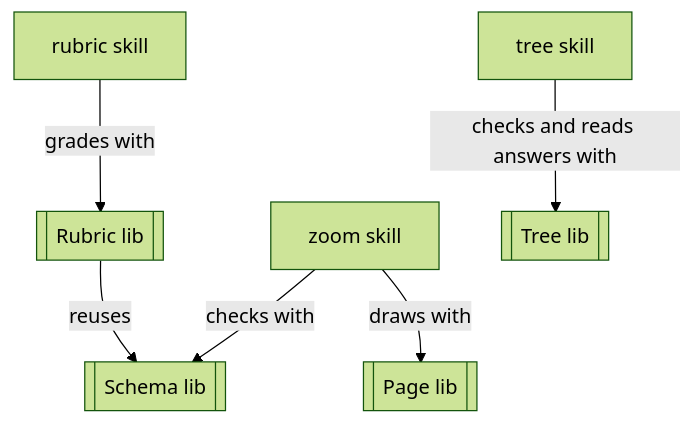
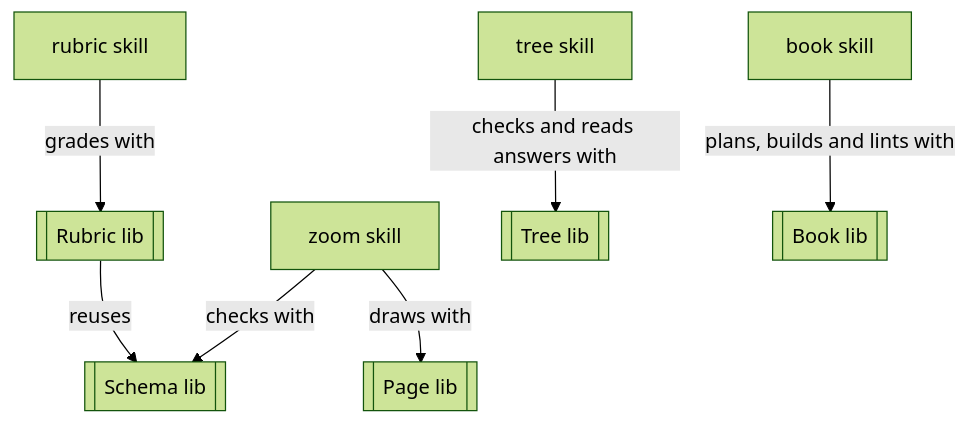
Before and after one commit to kalaluthien/mumu-claude-plugin: the second of 3 diagrams in README.md, drawn with Mermaid (forest theme). The commit also changed other lines of this file and 86 other files, not shown here.

First line of the commit message:
Add the paperwork:book skill (#1007) (#1012)

````diff
--- a/README.md
+++ b/README.md
@@ -78,15 +78,18 @@
 ```mermaid
 flowchart TB
   n_zoom["zoom skill"]
   n_rubric["rubric skill"]
   n_schema[["Schema lib"]]
   n_page[["Page lib"]]
   n_spec[["Rubric lib"]]
   n_tree["tree skill"]
   n_plan[["Tree lib"]]
+  n_book["book skill"]
+  n_booklib[["Book lib"]]
   n_zoom -->|"checks with"| n_schema
   n_zoom -->|"draws with"| n_page
   n_rubric -->|"grades with"| n_spec
   n_spec -->|"reuses"| n_schema
   n_tree -->|"checks and reads answers with"| n_plan
+  n_book -->|"plans, builds and lints with"| n_booklib
 ```
````
